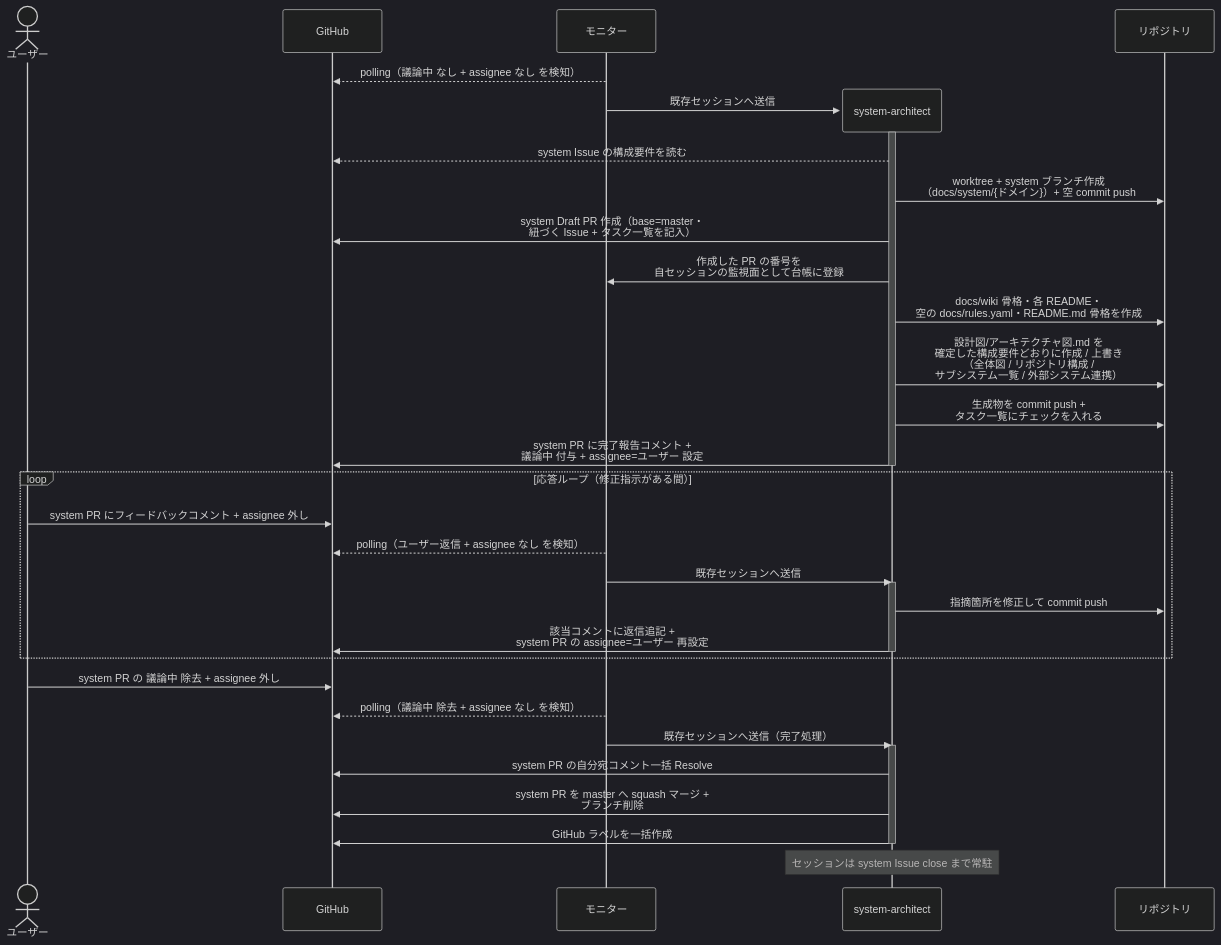
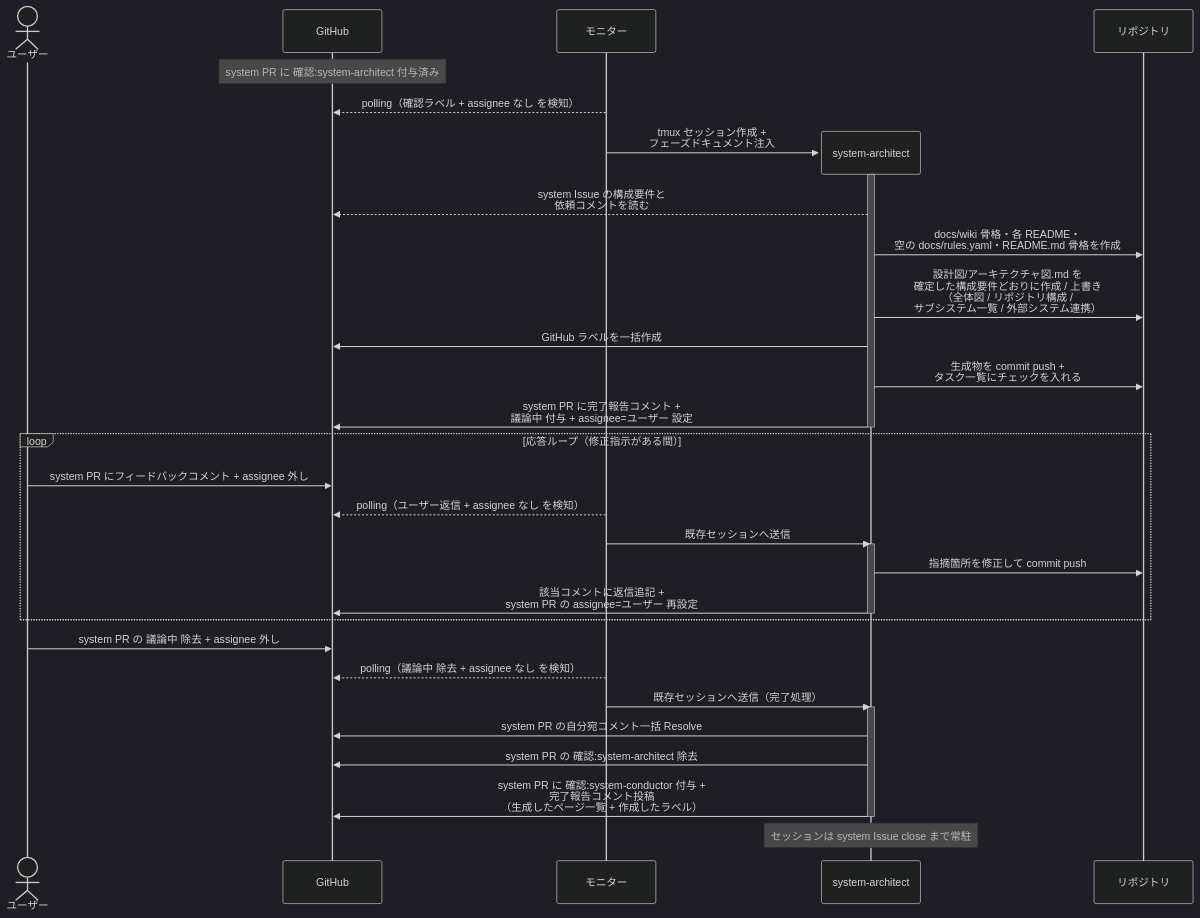
Before and after one commit to shuhei1101/ai-monitor: the diagram in docs/wiki/設計図/シナリオ/単一ユースケース/システム土台生成.md, drawn with Mermaid (dark theme). The commit also changed other lines of this file and 304 other files, not shown here.

````diff
--- a/docs/wiki/設計図/シナリオ/単一ユースケース/システム土台生成.md
+++ b/docs/wiki/設計図/シナリオ/単一ユースケース/システム土台生成.md
@@ -30,41 +29,40 @@
 ```mermaid
 sequenceDiagram
   actor U as ユーザー
   participant GH as GitHub
   participant ORC as モニター
 
-  ORC-->>GH: polling（議論中 なし + assignee なし を検知）
+  Note over GH: system PR に 確認:system-architect 付与済み
+  ORC-->>GH: polling（確認ラベル + assignee なし を検知）
   create participant MON as system-architect
-  ORC->>MON: 既存セッションへ送信
+  ORC->>MON: tmux セッション作成 +<br>フェーズドキュメント注入
   activate MON
   participant REPO as リポジトリ
-  MON-->>GH: system Issue の構成要件を読む
-  MON->>REPO: worktree + system ブランチ作成<br>（docs/system/{ドメイン}）+ 空 commit push
-  MON->>GH: system Draft PR 作成（base=master・<br>紐づく Issue + タスク一覧を記入）
-  MON->>ORC: 作成した PR の番号を<br>自セッションの監視面として台帳に登録
+  MON-->>GH: system Issue の構成要件と<br>依頼コメントを読む
   MON->>REPO: docs/wiki 骨格・各 README・<br>空の docs/rules.yaml・README.md 骨格を作成
   MON->>REPO: 設計図/アーキテクチャ図.md を<br>確定した構成要件どおりに作成 / 上書き<br>（全体図 / リポジトリ構成 /<br>サブシステム一覧 / 外部システム連携）
+  MON->>GH: GitHub ラベルを一括作成
   MON->>REPO: 生成物を commit push +<br>タスク一覧にチェックを入れる
   MON->>GH: system PR に完了報告コメント +<br>議論中 付与 + assignee=ユーザー 設定
   deactivate MON
 
   loop 応答ループ（修正指示がある間）
     U->>GH: system PR にフィードバックコメント + assignee 外し
     ORC-->>GH: polling（ユーザー返信 + assignee なし を検知）
     ORC->>MON: 既存セッションへ送信
     activate MON
     MON->>REPO: 指摘箇所を修正して commit push
     MON->>GH: 該当コメントに返信追記 +<br>system PR の assignee=ユーザー 再設定
     deactivate MON
   end
 
   U->>GH: system PR の 議論中 除去 + assignee 外し
   ORC-->>GH: polling（議論中 除去 + assignee なし を検知）
   ORC->>MON: 既存セッションへ送信（完了処理）
   activate MON
   MON->>GH: system PR の自分宛コメント一括 Resolve
-  MON->>GH: system PR を master へ squash マージ +<br>ブランチ削除
-  MON->>GH: GitHub ラベルを一括作成
+  MON->>GH: system PR の 確認:system-architect 除去
+  MON->>GH: system PR に 確認:system-conductor 付与 +<br>完了報告コメント投稿<br>（生成したページ一覧 + 作成したラベル）
   deactivate MON
   Note over MON: セッションは system Issue close まで常駐
 ```
````
